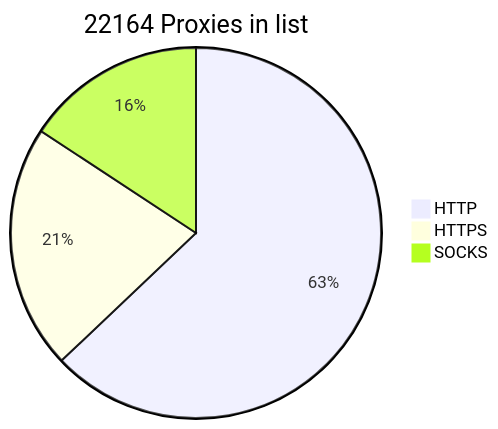
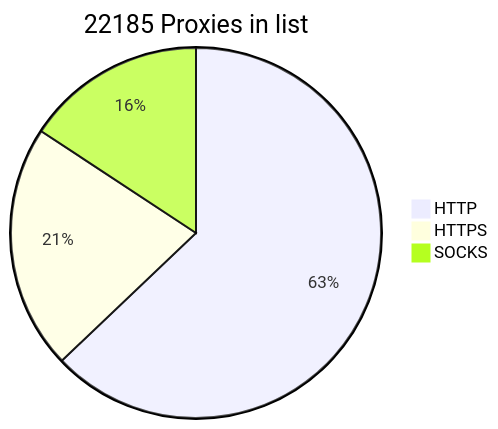
Before and after one commit to BlackSnowDot/proxylist-update-every-minute: the diagram in README.md, drawn with Mermaid.

````diff
--- a/README.md
+++ b/README.md
@@ -2,6 +2,6 @@
 ```mermaid
-pie title 22164 Proxies in list
-    "HTTP" : 15883
-    "HTTPS": 5387
-    "SOCKS" : 3974
+pie title 22185 Proxies in list
+    "HTTP" : 15894
+    "HTTPS": 5401
+    "SOCKS" : 3977
 ```
````
